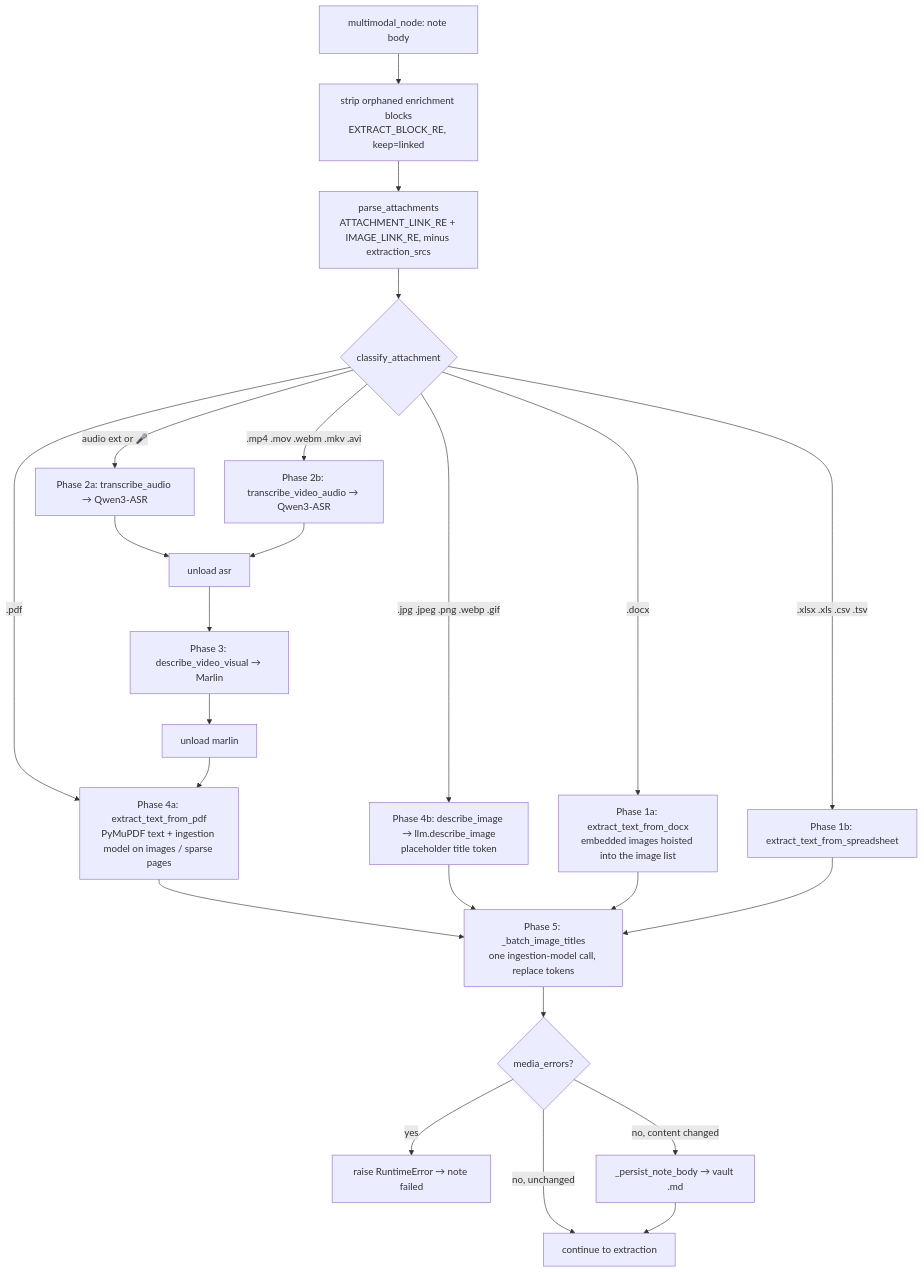
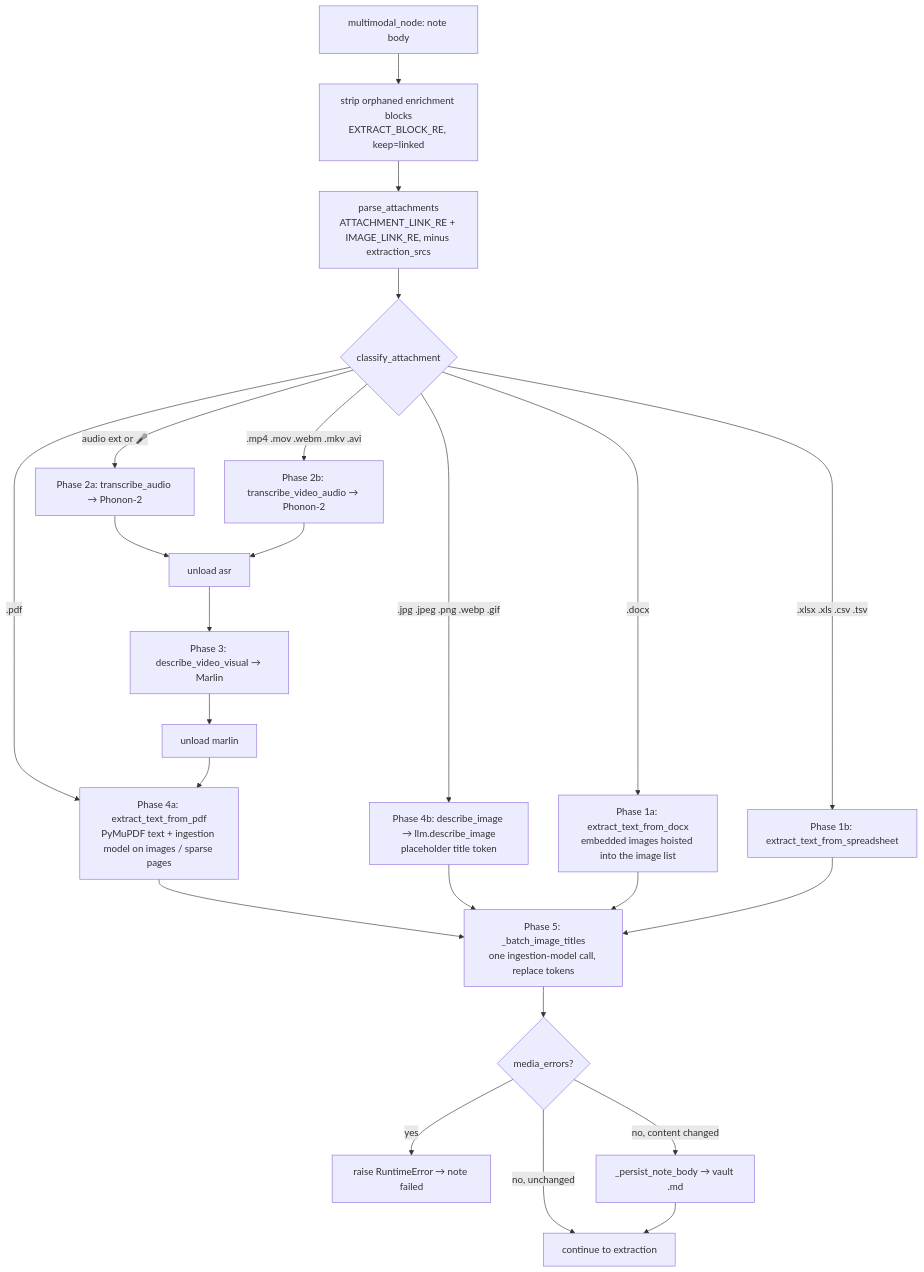
One commit to josetseph/Orb changed the diagram in Docs/11-multimedia-enrichment.md. Above: the diagram before and after it, drawn with Mermaid. The commit also changed other lines of this file and 38 other files, not shown here.

First line of the commit message:
Transcribe with Phonon-2 instead of Qwen3-ASR.

````diff
--- a/Docs/11-multimedia-enrichment.md
+++ b/Docs/11-multimedia-enrichment.md
@@ -47,26 +47,26 @@
 ```mermaid
 flowchart TD
     A[multimodal_node: note body] --> B[strip orphaned enrichment blocks<br/>EXTRACT_BLOCK_RE, keep=linked]
     B --> C[parse_attachments<br/>ATTACHMENT_LINK_RE + IMAGE_LINK_RE, minus extraction_srcs]
     C --> D{classify_attachment}
     D -->|.docx| P3[Phase 1a: extract_text_from_docx<br/>embedded images hoisted into the image list]
     D -->|.xlsx .xls .csv .tsv| P4[Phase 1b: extract_text_from_spreadsheet]
-    D -->|audio ext or 🎤| P5[Phase 2a: transcribe_audio → Qwen3-ASR]
-    D -->|.mp4 .mov .webm .mkv .avi| P6[Phase 2b: transcribe_video_audio → Qwen3-ASR]
+    D -->|audio ext or 🎤| P5[Phase 2a: transcribe_audio → Phonon-2]
+    D -->|.mp4 .mov .webm .mkv .avi| P6[Phase 2b: transcribe_video_audio → Phonon-2]
     P5 --> U2[unload asr]
     P6 --> U2
     U2 --> P7[Phase 3: describe_video_visual → Marlin]
     P7 --> U3[unload marlin]
     D -->|.pdf| P1[Phase 4a: extract_text_from_pdf<br/>PyMuPDF text + ingestion model on images / sparse pages]
     D -->|.jpg .jpeg .png .webp .gif| P2[Phase 4b: describe_image → llm.describe_image<br/>placeholder title token]
     U3 --> P1
     P1 --> T
     P2 --> T[Phase 5: _batch_image_titles<br/>one ingestion-model call, replace tokens]
     P3 --> T
     P4 --> T
     T --> E{media_errors?}
     E -->|yes| F[raise RuntimeError → note failed]
     E -->|no, content changed| G[_persist_note_body → vault .md]
     E -->|no, unchanged| H[continue to extraction]
     G --> H
 ```
````
